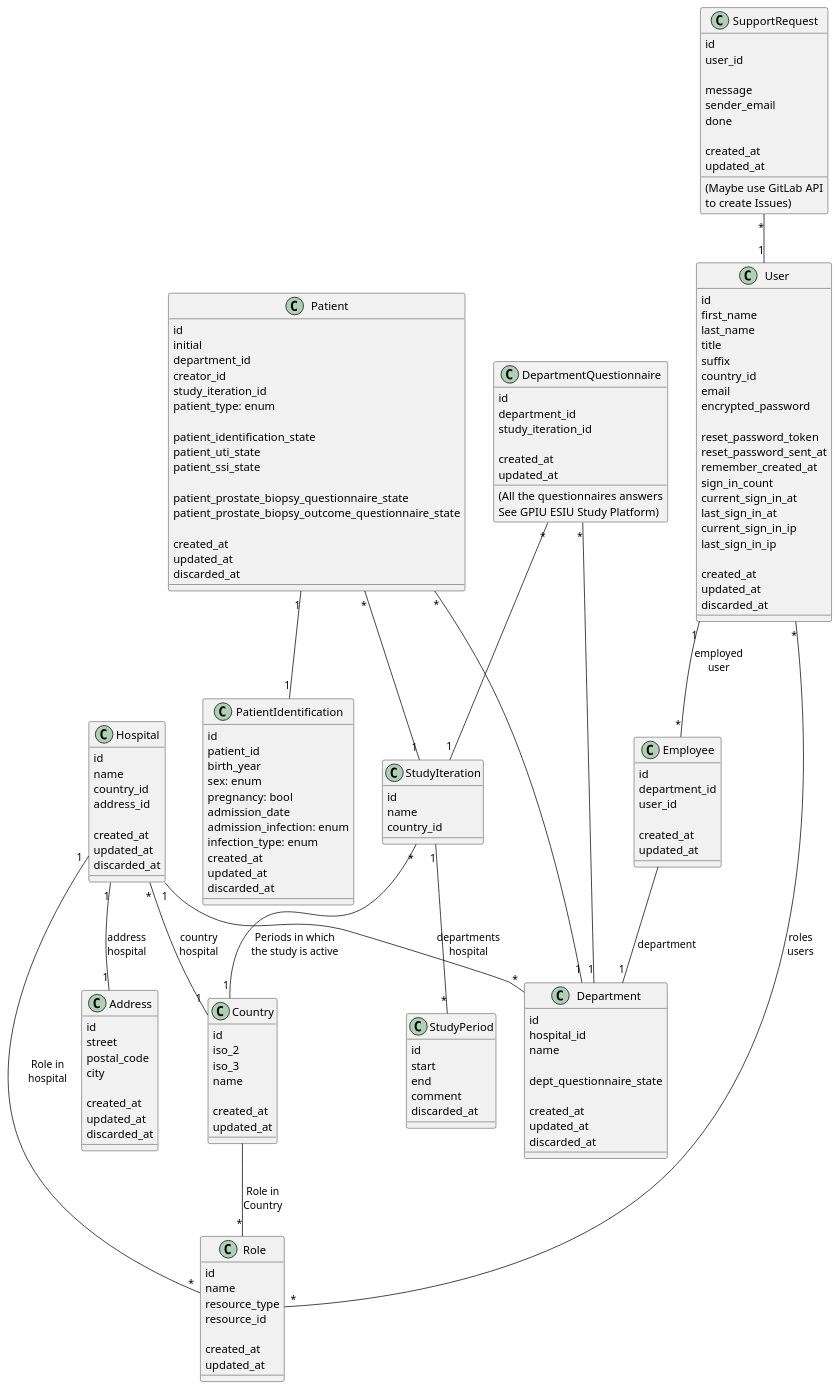
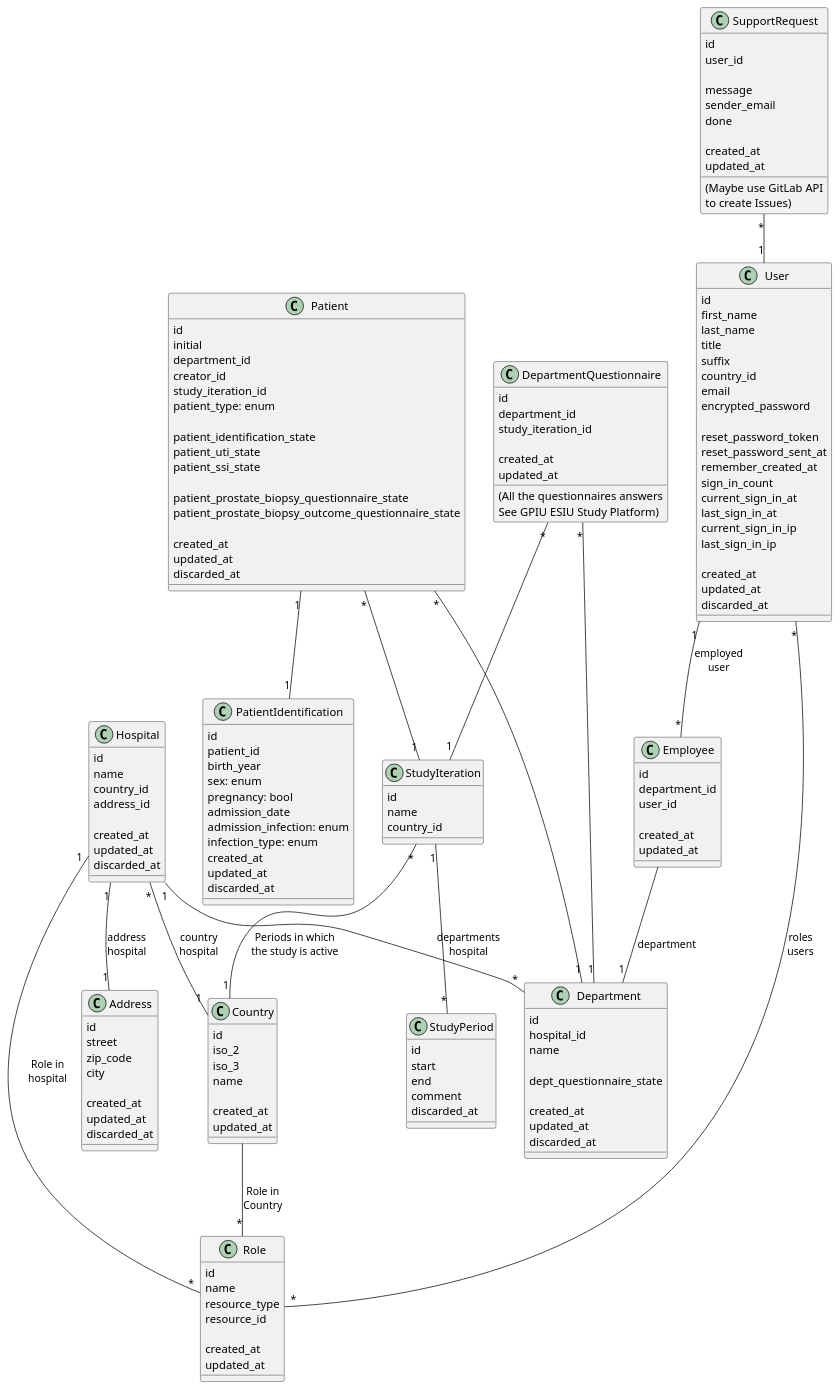
One commit to gsass1/gpiu-national-study changed the diagram in diagramm_new.puml. Above: the diagram before and after it, drawn with PlantUML. The commit also changed 11 other files, not shown here.

Commit message:
Fixes postal_code = zip_code, department uniqueness scoped to single hospital and seeds hospitals

```diff
--- a/diagramm_new.puml
+++ b/diagramm_new.puml
@@ -1,192 +1,192 @@
 @startuml
 
 skinparam componentStyle uml2
 'skinparam monochrome true
 'skinparam linetype ortho
 
 class User  {
     id
     first_name
     last_name
     title
     suffix
     country_id
     email
     encrypted_password
 
     reset_password_token
     reset_password_sent_at
     remember_created_at
     sign_in_count
     current_sign_in_at
     last_sign_in_at
     current_sign_in_ip
     last_sign_in_ip
 
     created_at
     updated_at
     discarded_at
 }
 
 class Hospital  {
     id
     name
     country_id
     address_id
 
     created_at
     updated_at
     discarded_at
 }
 
 class Country  {
     id
     iso_2
     iso_3
     name
 
     created_at
     updated_at
 }
 
 class Address  {
     id
     street
-    postal_code
+    zip_code
     city
 
     created_at
     updated_at
     discarded_at
 }
 
 class Role  {
     id
     name
     resource_type
     resource_id
 
     created_at
     updated_at
 }
 
 class Employee  {
     id
     department_id
     user_id
 
     created_at
     updated_at
 }
 
 class Department  {
     id
     hospital_id
     name
 
     dept_questionnaire_state
 
     created_at
     updated_at
     discarded_at
 }
 
 class StudyPeriod {
     id
     start
     end
     comment
     discarded_at
 }
 
 class StudyIteration {
     id
     name
     country_id
 }
 
 class Patient {
     id
     initial
     department_id
     creator_id
     study_iteration_id
     patient_type: enum
 
     patient_identification_state
     patient_uti_state
     patient_ssi_state
 
     patient_prostate_biopsy_questionnaire_state
     patient_prostate_biopsy_outcome_questionnaire_state
 
     created_at
     updated_at
     discarded_at
 }
 
 class PatientIdentification {
     id
     patient_id
     birth_year
     sex: enum
     pregnancy: bool
     admission_date
     admission_infection: enum
     infection_type: enum
     created_at
     updated_at
     discarded_at
 }
 
 class SupportRequest {
     id
     user_id
 
     message
     sender_email
     done
 
     created_at
     updated_at
 
     (Maybe use GitLab API
     to create Issues)
 }
 
 User "*" -- "*" Role : "roles\nusers"
 User "1" -- "*" Employee : "employed\nuser"
 
 Hospital "1" -- "1" Address : "address\nhospital"
 Hospital "*" -- "1" Country : "country\nhospital"
 Hospital "1" -- "*" Department : "departments\nhospital"
 Hospital "1" -- "*" Role : "Role in\nhospital"
 
 Country -- "*" Role : "Role in\nCountry"
 
 Employee -- "1" Department : "department"
 
 StudyIteration "*" -- "1" Country : Periods in which\nthe study is active
 StudyIteration "1" -- "*" StudyPeriod
 
 Patient "*" -- "1" Department
 Patient "*" -- "1" StudyIteration
 Patient "1" -- "1" PatientIdentification
 
 SupportRequest "*" -- "1" User
 
 DepartmentQuestionnaire "*" -- "1" StudyIteration
 DepartmentQuestionnaire "*" -- "1" Department
 
 class DepartmentQuestionnaire {
     id
     department_id
     study_iteration_id
 
     created_at
     updated_at
 
     (All the questionnaires answers
     See GPIU ESIU Study Platform)
 }
 @enduml
```
